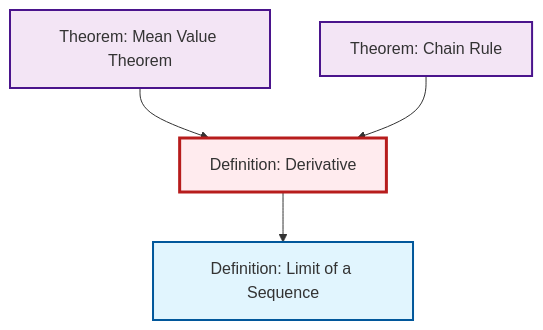
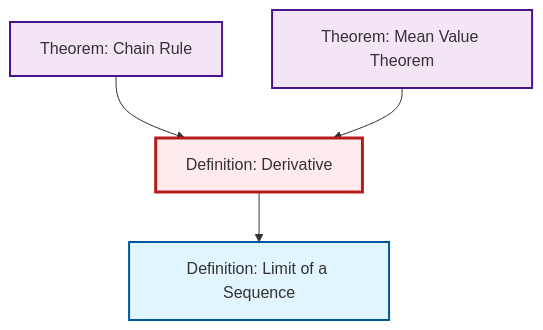
One commit to RK0429/ModernMath changed the diagram in output/mermaid/def-derivative.mermaid. Above: the diagram before and after it, drawn with Mermaid. The commit also changed other lines of this file and 1394 other files, not shown here.

````diff
--- a/output/mermaid/def-derivative.mermaid
+++ b/output/mermaid/def-derivative.mermaid
@@ -1,17 +1,17 @@
 ```{mermaid}
 %%| fig-cap: "Local dependency graph"
 graph TD
     classDef definition fill:#e1f5fe,stroke:#01579b,stroke-width:2px
     classDef theorem fill:#f3e5f5,stroke:#4a148c,stroke-width:2px
     classDef axiom fill:#fff3e0,stroke:#e65100,stroke-width:2px
     classDef example fill:#e8f5e9,stroke:#1b5e20,stroke-width:2px
     classDef current fill:#ffebee,stroke:#b71c1c,stroke-width:3px
-    def-derivative["Definition: Derivative"]:::definition
-    thm-chain-rule["Theorem: Chain Rule"]:::theorem
     def-limit["Definition: Limit of a Sequence"]:::definition
     thm-mean-value["Theorem: Mean Value Theorem"]:::theorem
-    thm-mean-value --> def-derivative
+    thm-chain-rule["Theorem: Chain Rule"]:::theorem
+    def-derivative["Definition: Derivative"]:::definition
     thm-chain-rule --> def-derivative
     def-derivative --> def-limit
+    thm-mean-value --> def-derivative
     class def-derivative current
 ```
````
